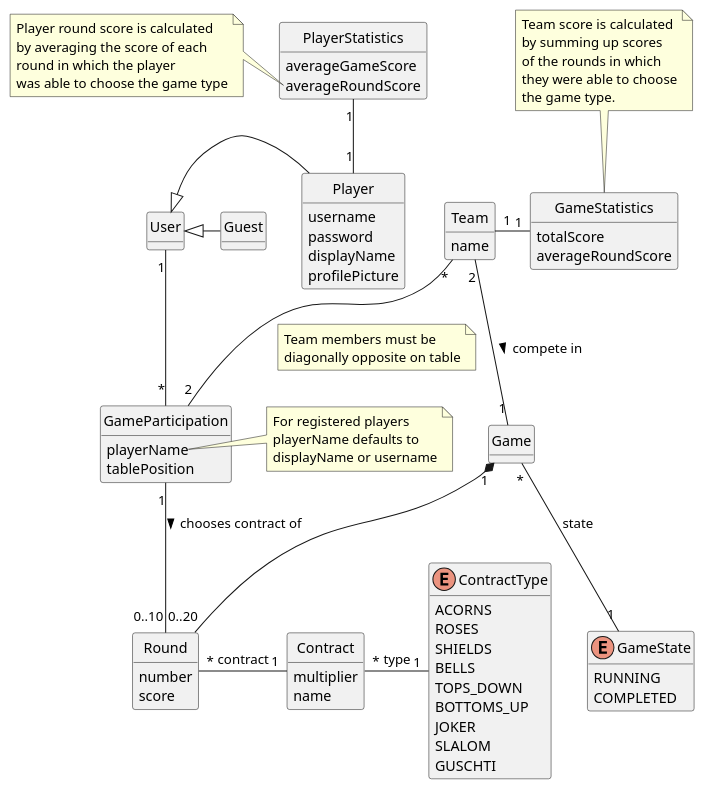
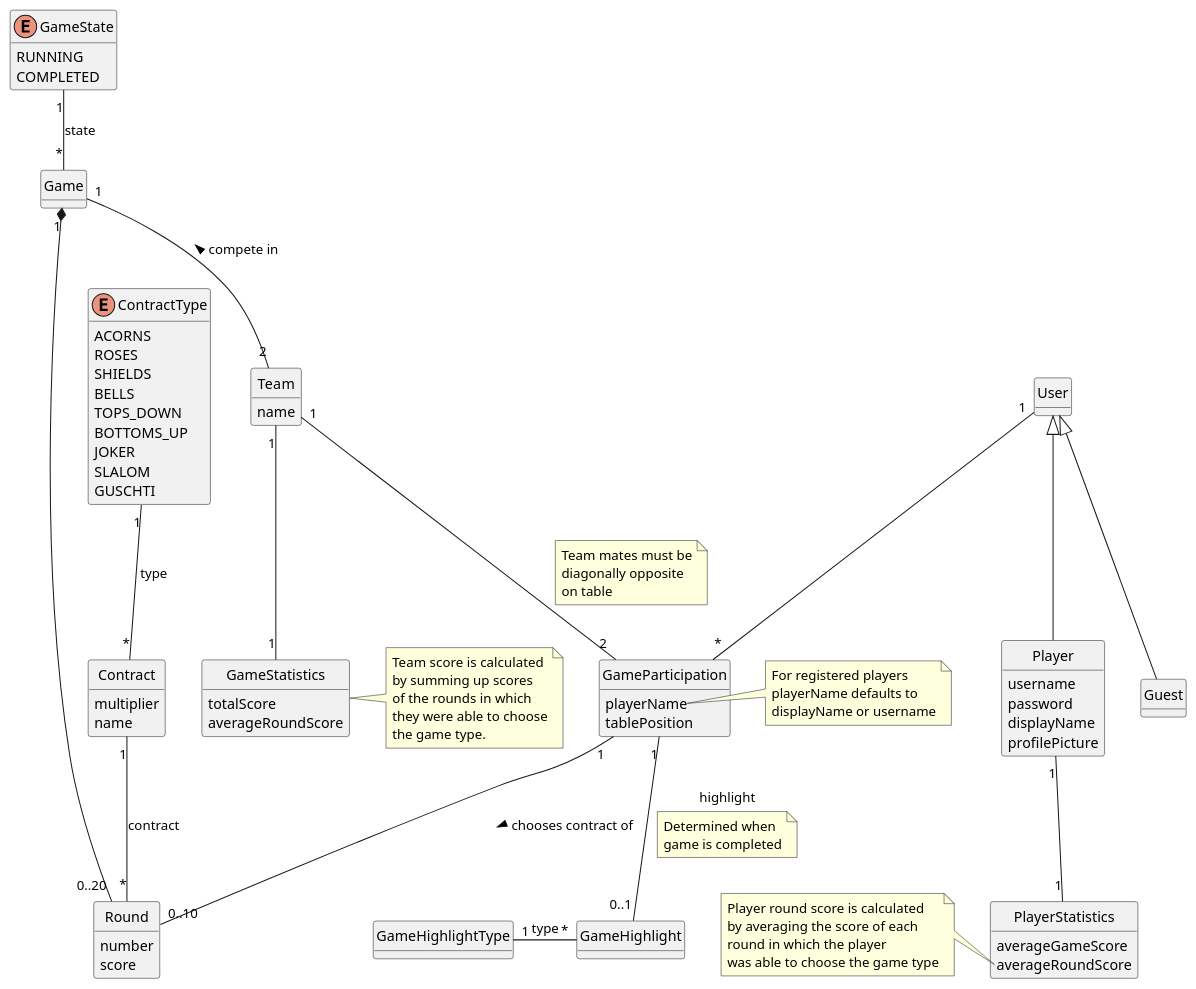
The diagram in Documentation/src/resources/domain-model.puml (PascalHonegger/JassTracker), drawn with PlantUML before and after one commit.

Commit message:
feat(domain model): add game highlights and improve layout

```diff
--- a/Documentation/src/resources/domain-model.puml
+++ b/Documentation/src/resources/domain-model.puml
@@ -1,102 +1,120 @@
 @startuml domain model
 
 hide class circle
 hide empty methods
 
 class User {
 }
 
 class Game {
 }
 
 class GameStatistics {
     totalScore
     averageRoundScore
 }
 
-note top
+note right
     Team score is calculated
     by summing up scores
     of the rounds in which
     they were able to choose
     the game type.
 end note
 
 class Player {
     username
     password
     displayName
     profilePicture
 }
 
 class PlayerStatistics {
     averageGameScore
     averageRoundScore
 }
 
 note left of PlayerStatistics::averageRoundScore
     Player round score is calculated
     by averaging the score of each
     round in which the player
     was able to choose the game type
 end note
 
 class GameParticipation {
     playerName
     tablePosition
 }
 
 note right of GameParticipation::playerName
     For registered players
     playerName defaults to
     displayName or username
 end note
 
 class Round {
     number
     score
 }
 
 class Contract {
     multiplier
     name
 }
 
 class Team {
     name
 }
 
+class GameHighlight {
+}
+
+class GameHighlightType {
+}
+
 enum GameState {
     RUNNING
     COMPLETED
 }
 
 enum ContractType {
     ACORNS
     ROSES
     SHIELDS
     BELLS
     TOPS_DOWN
     BOTTOMS_UP
     JOKER
     SLALOM
     GUSCHTI
 }
 
-User <|--r Player
-User <|--r Guest
+User <|-- Player
+User <|-- Guest
 User "1" -- "*" GameParticipation
+Team "1" -- "2" GameParticipation
+note on link
+    Team mates must be
+    diagonally opposite
+    on table
+end note
+
+Game "1" --  "2" Team  : compete in <
+Game "1" *-- "0..20" Round
+GameState "1" -- "*" Game  : state
+Contract "1" -- "*" Round  : contract
+ContractType "1" -- "*" Contract : type
+
 GameParticipation "1" -- "0..10" Round : chooses contract of >
-Team "*" -- "2" GameParticipation
+
+GameParticipation "1" -- "0..1" GameHighlight : highlight
 note on link
-    Team members must be
-    diagonally opposite on table
+    Determined when
+    game is completed
 end note
-Team "2" --  "1" Game : compete in >
-Game "1" *-- "0..20" Round
-Game "*" -- "1" GameState : state
-Round "*" --r "1" Contract : contract
-Team "1" --r  "1" GameStatistics
-PlayerStatistics "1" -- "1" Player
-Contract "*" --r "1" ContractType : type
+GameHighlightType "1" --r "*" GameHighlight  : type
+
+Team "1" --  "1" GameStatistics
+Player "1" -- "1"PlayerStatistics
+
 @enduml
```
